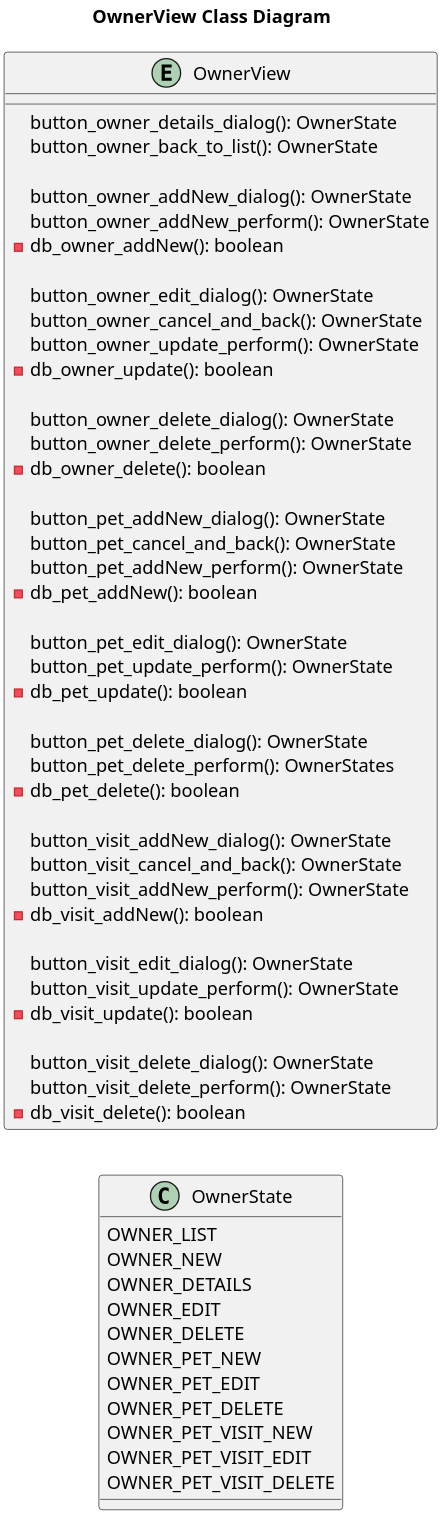
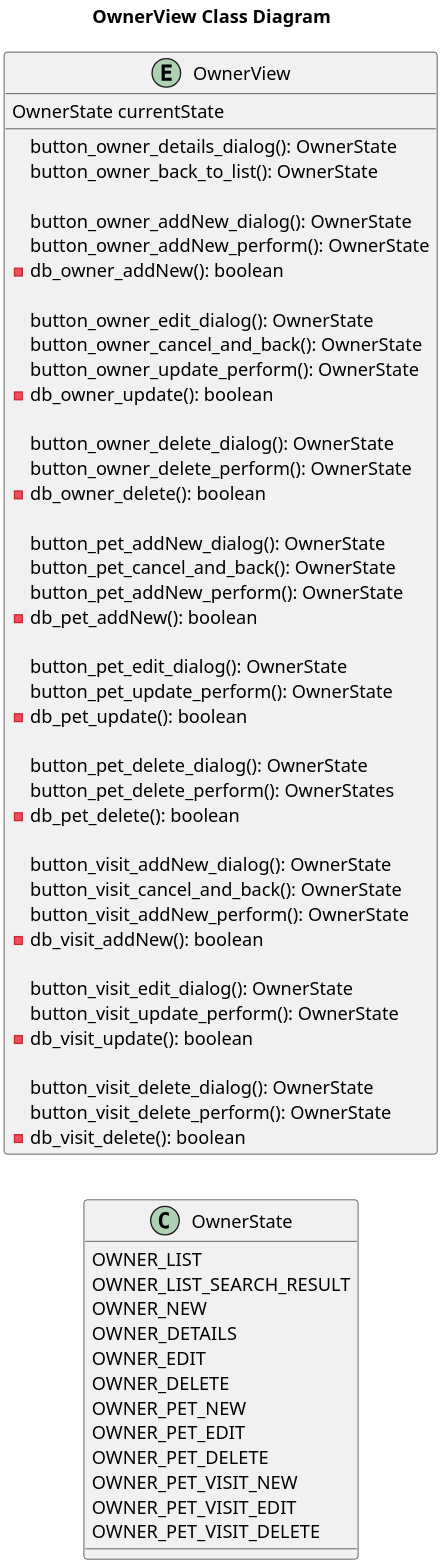
The diagram in puml/owner/OwnerView__Class.puml (Jakarta-EE-Petclinic/petclinic-uml), drawn with PlantUML before and after one commit. The commit also changed 1 other file, not shown here.

```diff
--- a/puml/owner/OwnerView__Class.puml
+++ b/puml/owner/OwnerView__Class.puml
@@ -1,73 +1,77 @@
 @startuml
 
 
 title OwnerView Class Diagram
 'https://plantuml.com/class-diagram
 
 left to right direction
 'top to bottom direction
 
 scale 1000 width
 
 
 class OwnerState {
     OWNER_LIST
+    OWNER_LIST_SEARCH_RESULT
     OWNER_NEW
     OWNER_DETAILS
     OWNER_EDIT
     OWNER_DELETE
     OWNER_PET_NEW
     OWNER_PET_EDIT
     OWNER_PET_DELETE
     OWNER_PET_VISIT_NEW
     OWNER_PET_VISIT_EDIT
     OWNER_PET_VISIT_DELETE
 }
 
 entity OwnerView {
+
+    OwnerState currentState
+
     button_owner_details_dialog(): OwnerState
     button_owner_back_to_list(): OwnerState
 
     button_owner_addNew_dialog(): OwnerState
     button_owner_addNew_perform(): OwnerState
     -db_owner_addNew(): boolean
 
     button_owner_edit_dialog(): OwnerState
     button_owner_cancel_and_back(): OwnerState
     button_owner_update_perform(): OwnerState
     - db_owner_update(): boolean
 
     button_owner_delete_dialog(): OwnerState
     button_owner_delete_perform(): OwnerState
     - db_owner_delete(): boolean
 
     button_pet_addNew_dialog(): OwnerState
     button_pet_cancel_and_back(): OwnerState
     button_pet_addNew_perform(): OwnerState
     - db_pet_addNew(): boolean
 
     button_pet_edit_dialog(): OwnerState
     button_pet_update_perform(): OwnerState
     - db_pet_update(): boolean
 
     button_pet_delete_dialog(): OwnerState
     button_pet_delete_perform(): OwnerStates
     - db_pet_delete(): boolean
 
     button_visit_addNew_dialog(): OwnerState
     button_visit_cancel_and_back(): OwnerState
     button_visit_addNew_perform(): OwnerState
     - db_visit_addNew(): boolean
 
     button_visit_edit_dialog(): OwnerState
     button_visit_update_perform(): OwnerState
    - db_visit_update(): boolean
 
     button_visit_delete_dialog(): OwnerState
     button_visit_delete_perform(): OwnerState
     - db_visit_delete(): boolean
 }
 
 
 
 @enduml
```
